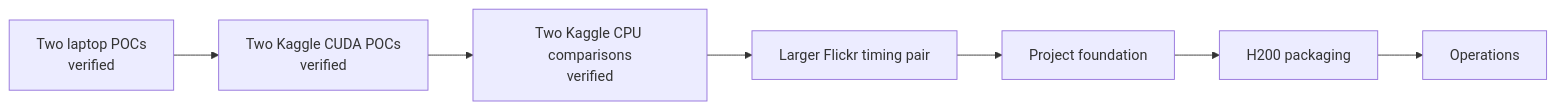
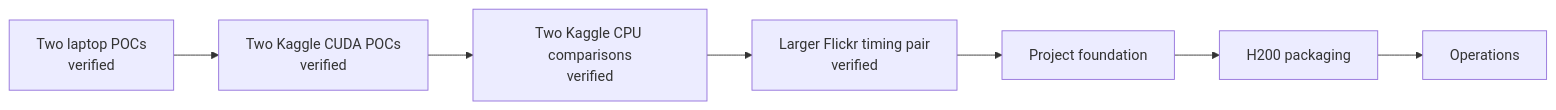
One commit to gh-andirdju/ml changed the diagram in docs/05-plan/phases.md. Above: the diagram before and after it, drawn with Mermaid. The commit also changed other lines of this file and 10 other files, not shown here.

Commit message:
Record Flickr CPU and T4 benchmark results

````diff
--- a/docs/05-plan/phases.md
+++ b/docs/05-plan/phases.md
@@ -7,9 +7,9 @@
 ```mermaid
 flowchart LR
     local[Two laptop POCs<br/>verified] --> kaggle[Two Kaggle CUDA POCs<br/>verified]
     kaggle --> cpu[Two Kaggle CPU comparisons<br/>verified]
-    cpu --> larger[Larger Flickr timing pair]
+    cpu --> larger[Larger Flickr timing pair<br/>verified]
     larger --> foundation[Project foundation]
     foundation --> cluster[H200 packaging]
     cluster --> operations[Operations]
 ```
````
